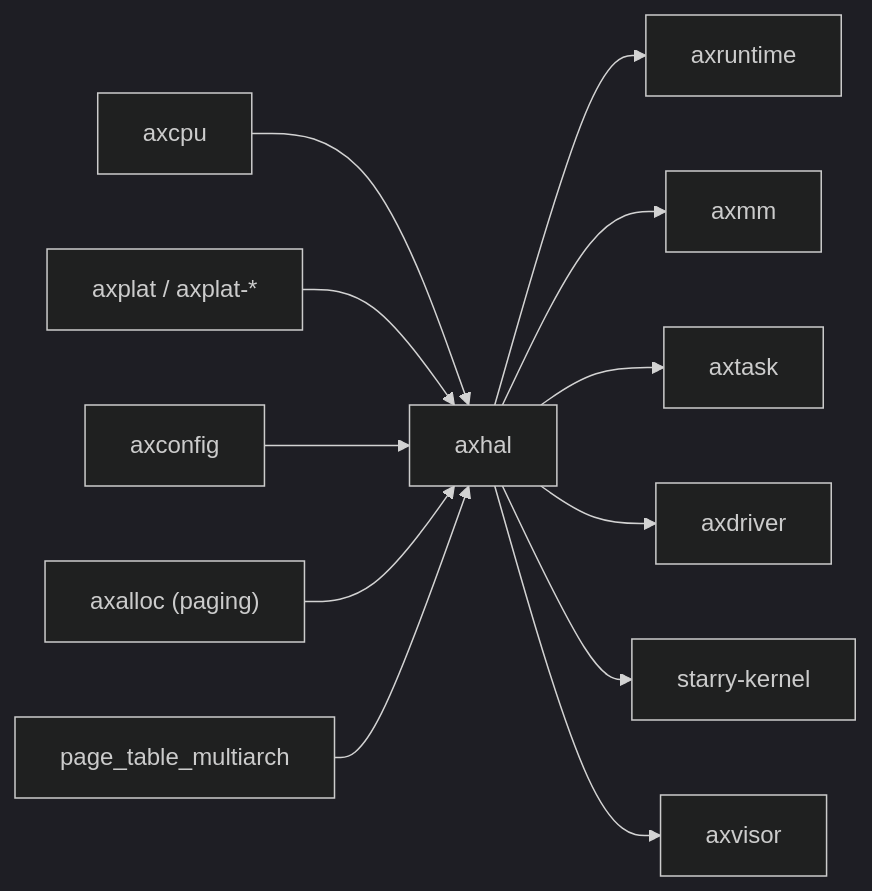
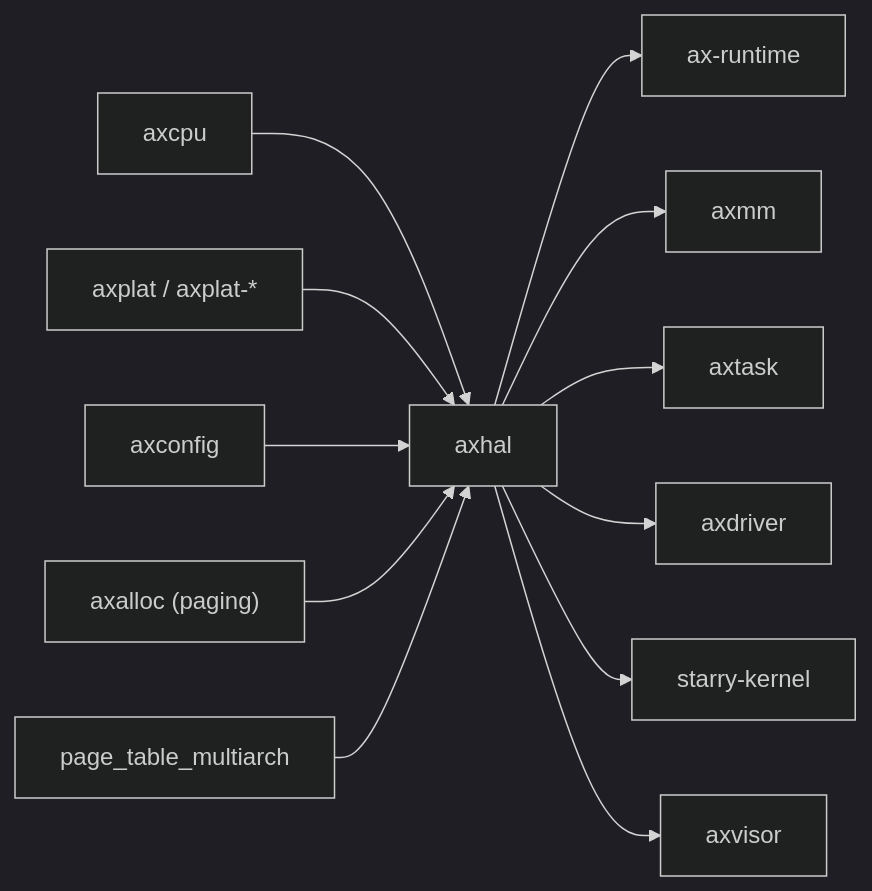
The second of 2 diagrams in docs/crates/axhal.md (XTH852456/tgoskits), drawn with Mermaid (dark theme) before and after one commit. The commit also changed other lines of this file and 69 other files, not shown here.

Commit message:
rename axruntime to ax-runtime

````diff
--- a/docs/crates/axhal.md
+++ b/docs/crates/axhal.md
@@ -116,15 +116,15 @@
 ```mermaid
 graph LR
     axcpu["axcpu"] --> axhal["axhal"]
     axplat["axplat / axplat-*"] --> axhal
     axconfig["axconfig"] --> axhal
     axalloc["axalloc (paging)"] --> axhal
     page_table["page_table_multiarch"] --> axhal
 
-    axhal --> axruntime["axruntime"]
+    axhal --> ax-runtime["ax-runtime"]
     axhal --> axmm["axmm"]
     axhal --> axtask["axtask"]
     axhal --> axdriver["axdriver"]
     axhal --> starry["starry-kernel"]
     axhal --> axvisor["axvisor"]
 ```
````
